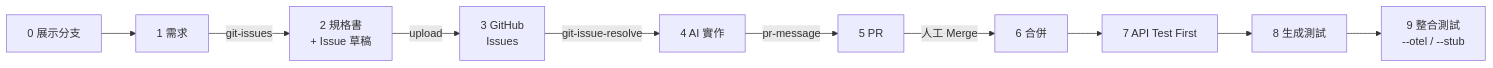
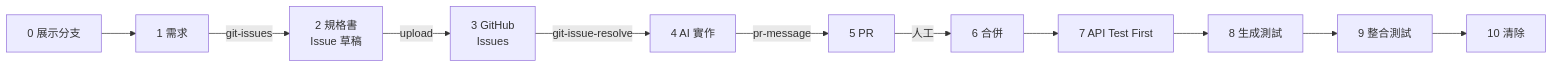
Before and after one commit to uniheart-tw/ai-sdlc: diagram 11 of 12 in docs/courses/AI-SDLC-present.md, drawn with Mermaid. The commit also changed other lines of this file and 2 other files, not shown here.

````diff
--- a/docs/courses/AI-SDLC-present.md
+++ b/docs/courses/AI-SDLC-present.md
@@ -497,12 +499,13 @@
 ```mermaid
 flowchart LR
     S0["0 展示分支"] --> S1["1 需求"]
-    S1 -->|git-issues| S2["2 規格書<br/>+ Issue 草稿"]
+    S1 -->|git-issues| S2["2 規格書<br/>Issue 草稿"]
     S2 -->|upload| S3["3 GitHub<br/>Issues"]
     S3 -->|git-issue-resolve| S4["4 AI 實作"]
     S4 -->|pr-message| S5["5 PR"]
-    S5 -->|人工 Merge| S6["6 合併"]
+    S5 -->|人工| S6["6 合併"]
     S6 --> S7["7 API Test First"]
     S7 --> S8["8 生成測試"]
-    S8 --> S9["9 整合測試<br/>--otel / --stub"]
+    S8 --> S9["9 整合測試"]
+    S9 --> S10["10 清除"]
 ```
````
